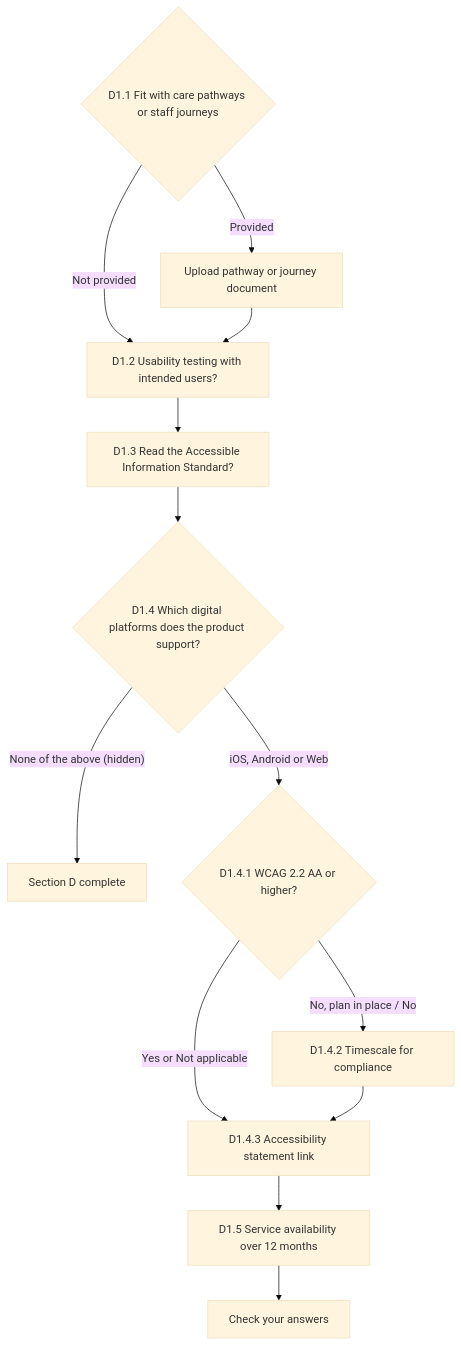
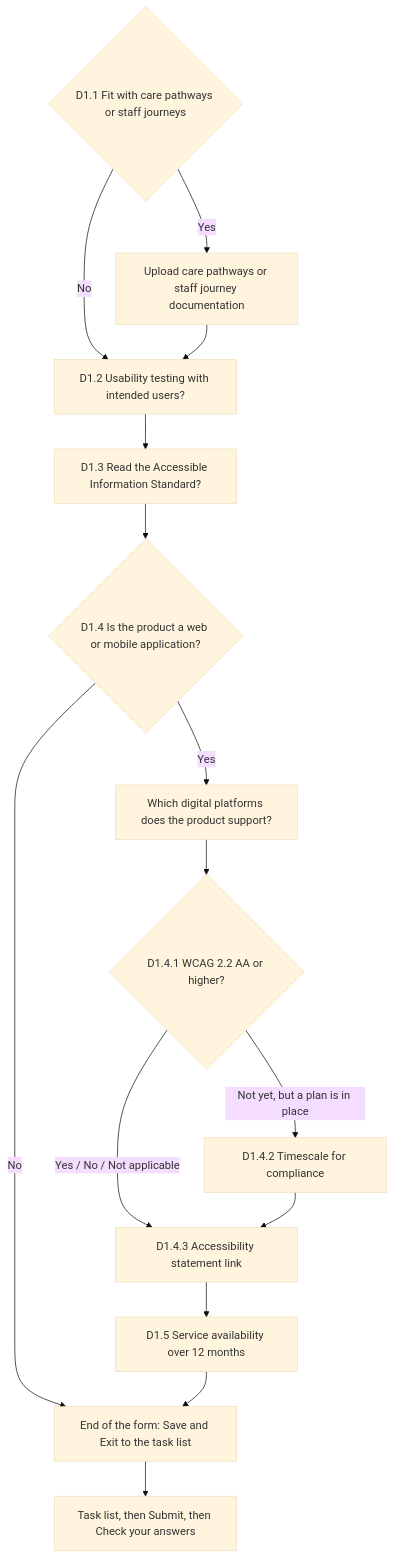
Before and after one commit to ataylanez/HealthStore-beta-Ezgi: diagram 11 of 13 in docs/SUPPLIER_PORTAL_FLOWS.md, drawn with Mermaid (base theme). The commit also changed other lines of this file and 76 other files, not shown here.

First line of the commit message:
Let product onboarding accept several files or a can't-provide answer, and show products that are visible but not available to commission.

````diff
--- a/docs/SUPPLIER_PORTAL_FLOWS.md
+++ b/docs/SUPPLIER_PORTAL_FLOWS.md
@@ -223,16 +287,18 @@
 ```mermaid
 flowchart TD
   D11{"D1.1 Fit with care pathways or staff journeys"}
-  D11 -->|Provided| D11up["Upload pathway or journey document"]
-  D11 -->|Not provided| D12
+  D11 -->|Yes| D11up["Upload care pathways or staff journey documentation"]
+  D11 -->|No| D12
   D11up --> D12["D1.2 Usability testing with intended users?"]
   D12 --> D13["D1.3 Read the Accessible Information Standard?"]
-  D13 --> D14{"D1.4 Which digital platforms does the product support?"}
-  D14 -->|"None of the above (hidden)"| done["Section D complete"]
-  D14 -->|"iOS, Android or Web"| D141{"D1.4.1 WCAG 2.2 AA or higher?"}
-  D141 -->|"Yes or Not applicable"| D143
-  D141 -->|"No, plan in place / No"| D142["D1.4.2 Timescale for compliance"]
+  D13 --> D14{"D1.4 Is the product a web or mobile application?"}
+  D14 -->|No| last["End of the form: Save and Exit to the task list"]
+  D14 -->|Yes| D14p["Which digital platforms does the product support?"]
+  D14p --> D141{"D1.4.1 WCAG 2.2 AA or higher?"}
+  D141 -->|"Not yet, but a plan is in place"| D142["D1.4.2 Timescale for compliance"]
+  D141 -->|"Yes / No / Not applicable"| D143
   D142 --> D143["D1.4.3 Accessibility statement link"]
   D143 --> D15["D1.5 Service availability over 12 months"]
-  D15 --> check[Check your answers]
+  D15 --> last
+  last --> tasks[Task list, then Submit, then Check your answers]
 ```
````
